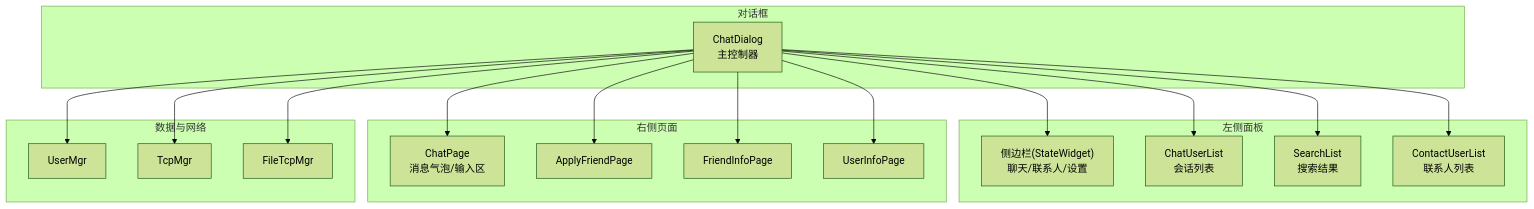
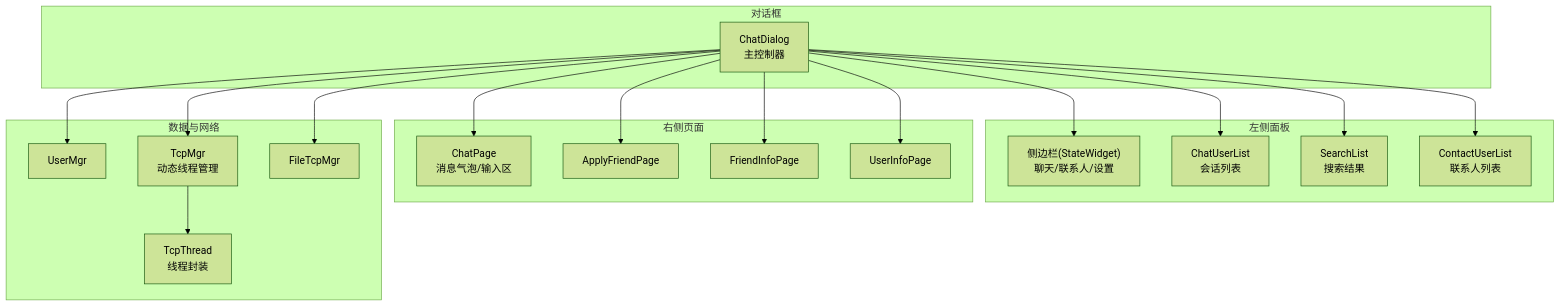
The first of 11 diagrams in .qoder/repowiki/zh/content/客户端开发/UI组件设计/聊天对话框组件.md (echo9923/mychatter), drawn with Mermaid (forest theme) before and after one commit. The commit also changed other lines of this file and 54 other files, not shown here.

````diff
--- a/.qoder/repowiki/zh/content/客户端开发/UI组件设计/聊天对话框组件.md
+++ b/.qoder/repowiki/zh/content/客户端开发/UI组件设计/聊天对话框组件.md
@@ -45,34 +54,36 @@
 ```mermaid
 graph TB
 subgraph "对话框"
 CD["ChatDialog<br/>主控制器"]
 end
 subgraph "左侧面板"
 SB["侧边栏(StateWidget)<br/>聊天/联系人/设置"]
 CUL["ChatUserList<br/>会话列表"]
 SUL["SearchList<br/>搜索结果"]
 CUL2["ContactUserList<br/>联系人列表"]
 end
 subgraph "右侧页面"
 CP["ChatPage<br/>消息气泡/输入区"]
 FAP["ApplyFriendPage"]
 FIP["FriendInfoPage"]
 UIP["UserInfoPage"]
 end
 subgraph "数据与网络"
 UM["UserMgr"]
-TM["TcpMgr"]
+TM["TcpMgr<br/>动态线程管理"]
 FM["FileTcpMgr"]
+TT["TcpThread<br/>线程封装"]
 end
 CD --> SB
 CD --> CUL
 CD --> SUL
 CD --> CUL2
 CD --> CP
 CD --> FAP
 CD --> FIP
 CD --> UIP
 CD --> UM
 CD --> TM
 CD --> FM
+TM --> TT
 ```
````
